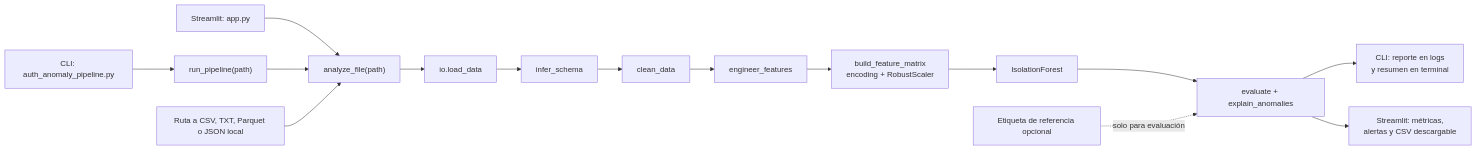
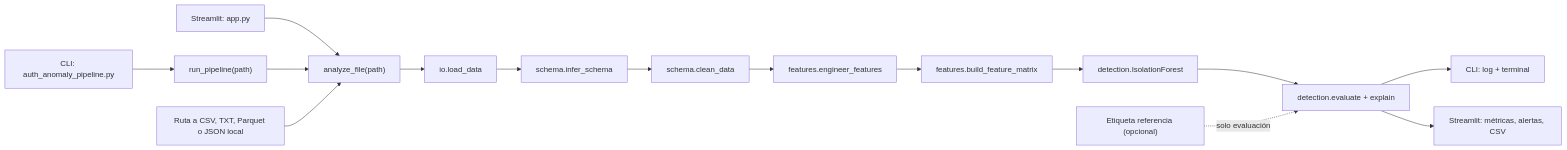
One commit to carolina-cepeda/AccessAnalysis changed the diagram in README.md. Above: the diagram before and after it, drawn with Mermaid.

Commit message:
fix: readme  architecture diagram

````diff
--- a/README.md
+++ b/README.md
@@ -16,17 +16,17 @@
 ```mermaid
 flowchart LR
     CLI["CLI: auth_anomaly_pipeline.py"] --> RUN["run_pipeline(path)"]
     WEB["Streamlit: app.py"] --> ANALYZE["analyze_file(path)"]
     RUN --> ANALYZE
-    D["Ruta a CSV, TXT, Parquet o JSON local"] --> ANALYZE
+    INPUT["Ruta a CSV, TXT, Parquet o JSON local"] --> ANALYZE
     ANALYZE --> LOAD["io.load_data"]
-    LOAD --> SCHEMA["infer_schema"]
-    SCHEMA --> CLEAN["clean_data"]
-    CLEAN --> FEATURES["engineer_features"]
-    FEATURES --> MATRIX["build_feature_matrix<br/>encoding + RobustScaler"]
-    MATRIX --> MODEL["IsolationForest"]
-    MODEL --> REPORT["evaluate + explain_anomalies"]
-    LABEL["Etiqueta de referencia opcional"] -. "solo para evaluación" .-> REPORT
-    REPORT --> CLI_OUT["CLI: reporte en logs<br/>y resumen en terminal"]
-    REPORT --> WEB_OUT["Streamlit: métricas,<br/>alertas y CSV descargable"]
+    LOAD --> SCHEMA["schema.infer_schema"]
+    SCHEMA --> CLEAN["schema.clean_data"]
+    CLEAN --> FEAT["features.engineer_features"]
+    FEAT --> MATRIX["features.build_feature_matrix"]
+    MATRIX --> MODEL["detection.IsolationForest"]
+    MODEL --> REPORT["detection.evaluate + explain"]
+    LABEL["Etiqueta referencia (opcional)"] -. "solo evaluación" .-> REPORT
+    REPORT --> CLI_OUT["CLI: log + terminal"]
+    REPORT --> WEB_OUT["Streamlit: métricas, alertas, CSV"]
 ```
````
